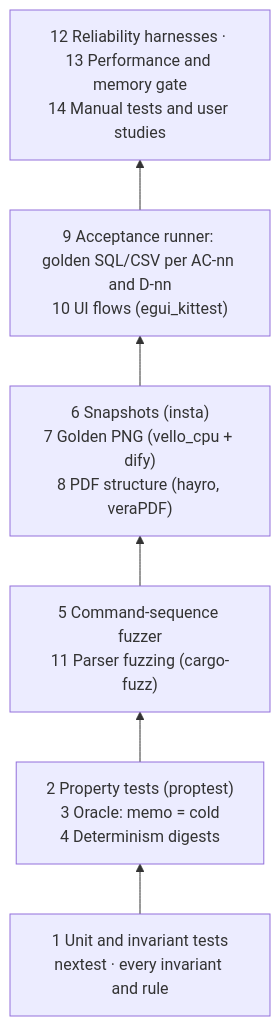
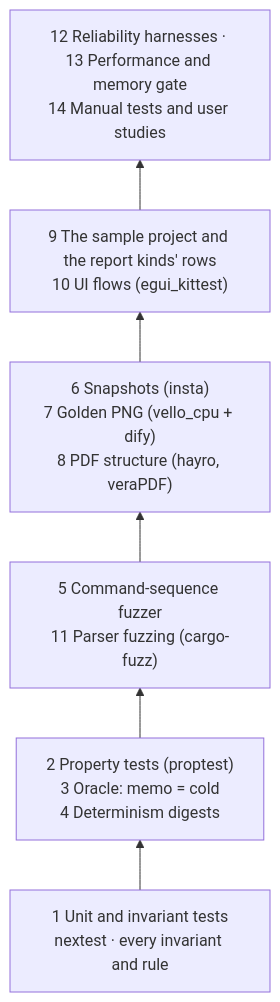
The first of 4 diagrams in docs/design/18-quality-security-release.md (Ironkode787/ElektraWatt), drawn with Mermaid before and after one commit. The commit also changed other lines of this file and 29 other files, not shown here.

````diff
--- a/docs/design/18-quality-security-release.md
+++ b/docs/design/18-quality-security-release.md
@@ -120,8 +121,8 @@
 ```mermaid
 flowchart BT
   U["1 Unit and invariant tests<br/>nextest · every invariant and rule"] --> P["2 Property tests (proptest)<br/>3 Oracle: memo = cold<br/>4 Determinism digests"]
   P --> F["5 Command-sequence fuzzer<br/>11 Parser fuzzing (cargo-fuzz)"]
   F --> S["6 Snapshots (insta)<br/>7 Golden PNG (vello_cpu + dify)<br/>8 PDF structure (hayro, veraPDF)"]
-  S --> A["9 Acceptance runner: golden SQL/CSV per AC-nn and D-nn<br/>10 UI flows (egui_kittest)"]
+  S --> A["9 The sample project and the report kinds' rows<br/>10 UI flows (egui_kittest)"]
   A --> M["12 Reliability harnesses · 13 Performance and memory gate<br/>14 Manual tests and user studies"]
 ```
````
